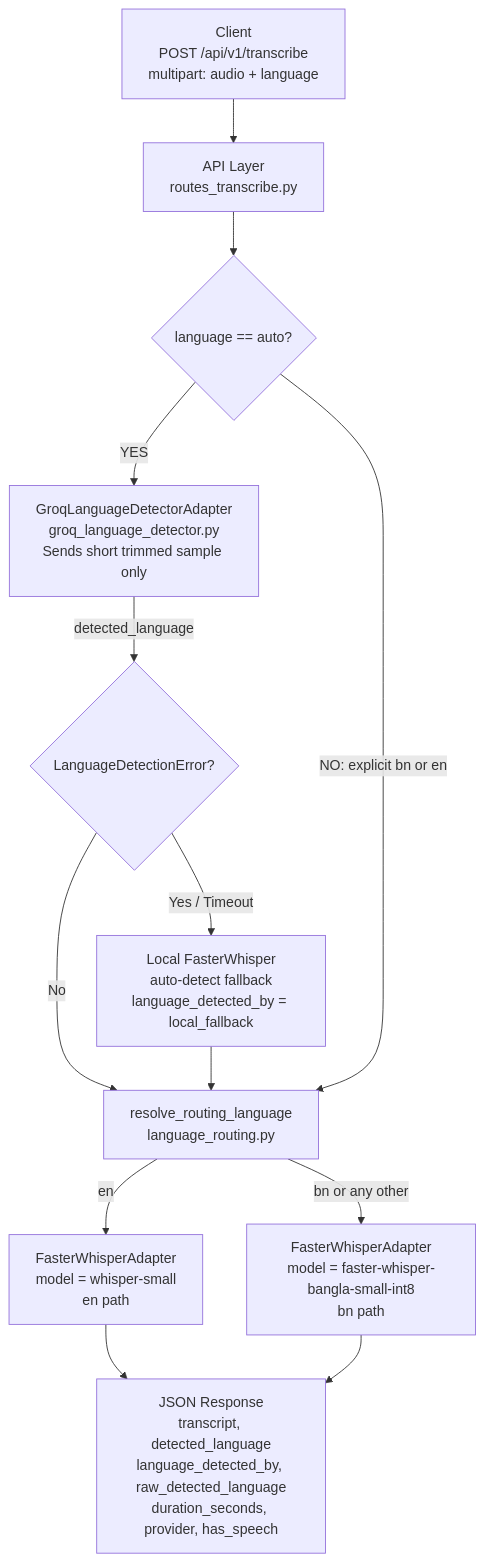
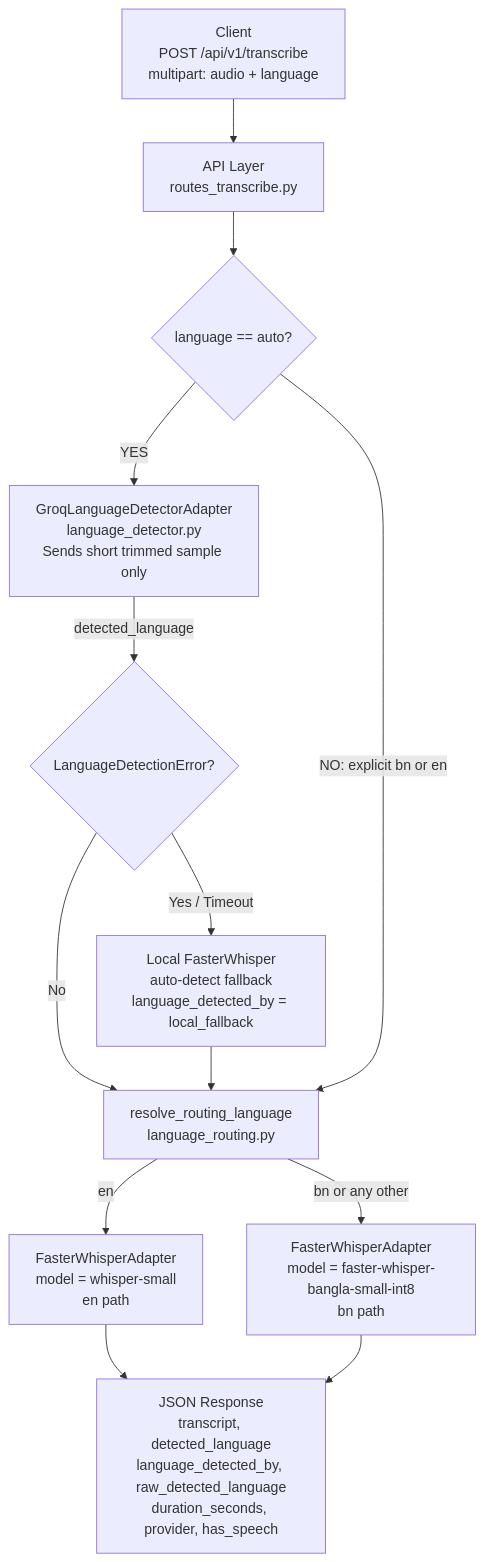
The diagram in README.md (Ranger-DRAX/celloscope-asr-ocr-pipeline), drawn with Mermaid before and after one commit. The commit also changed other lines of this file and 3 other files, not shown here.

Commit message:
refactor(adapters): rename groq_language_detector.py to language_detector.py

````diff
--- a/README.md
+++ b/README.md
@@ -9,19 +9,19 @@
 ```mermaid
 graph TD
     A[Client\nPOST /api/v1/transcribe\nmultipart: audio + language] --> B[API Layer\nroutes_transcribe.py]
     B --> C{language == auto?}
 
-    C -- YES --> D[GroqLanguageDetectorAdapter\ngroq_language_detector.py\nSends short trimmed sample only]
+    C -- YES --> D[GroqLanguageDetectorAdapter\nlanguage_detector.py\nSends short trimmed sample only]
     D -- detected_language --> E{LanguageDetectionError?}
     E -- No --> F[resolve_routing_language\nlanguage_routing.py]
     E -- Yes / Timeout --> G[Local FasterWhisper\nauto-detect fallback\nlanguage_detected_by = local_fallback]
     G --> F
 
     C -- NO: explicit bn or en --> F
 
     F -- en --> H[FasterWhisperAdapter\nmodel = whisper-small\nen path]
     F -- bn or any other --> I[FasterWhisperAdapter\nmodel = faster-whisper-bangla-small-int8\nbn path]
 
     H --> J[JSON Response\ntranscript, detected_language\nlanguage_detected_by, raw_detected_language\nduration_seconds, provider, has_speech]
     I --> J
 ```
````
